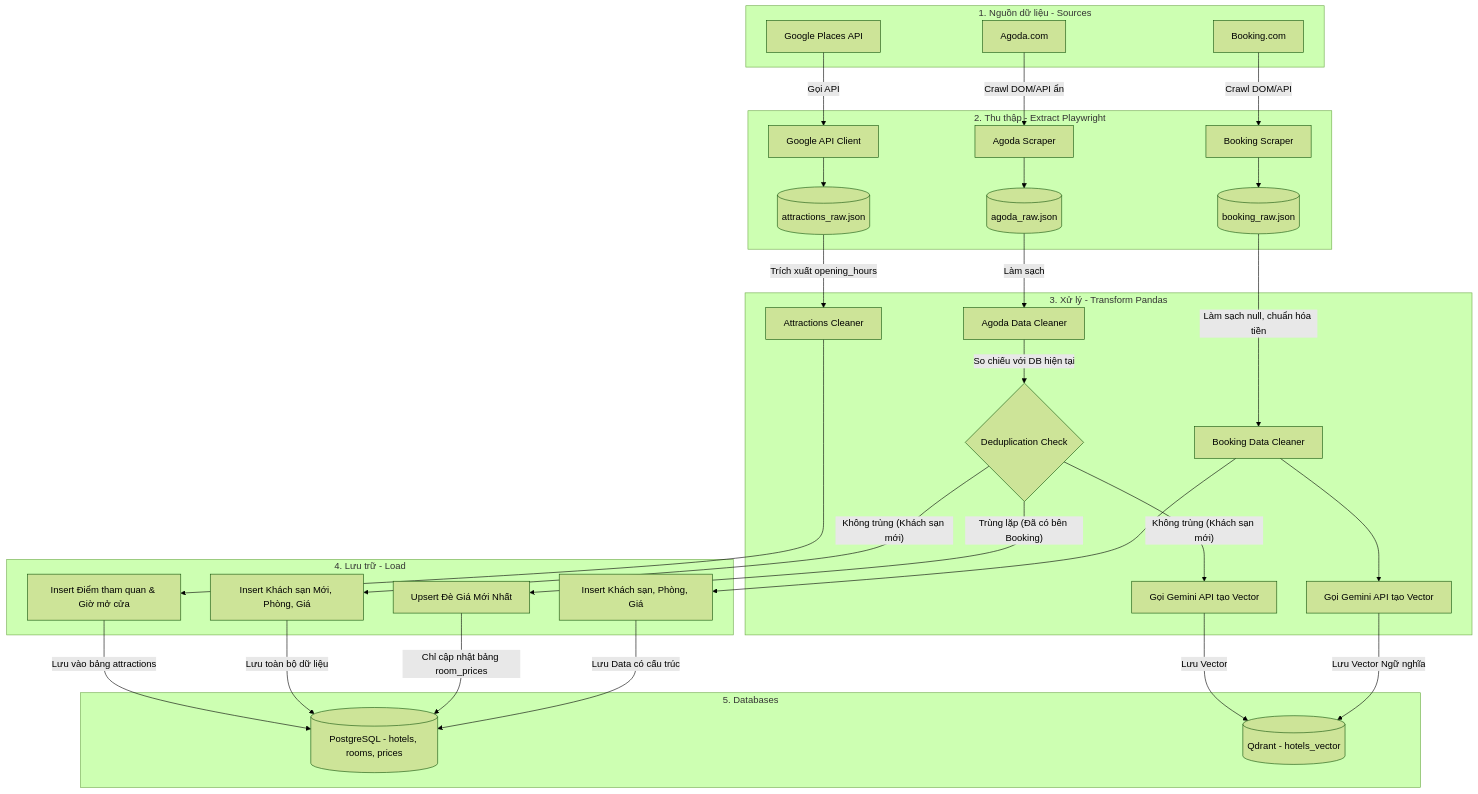
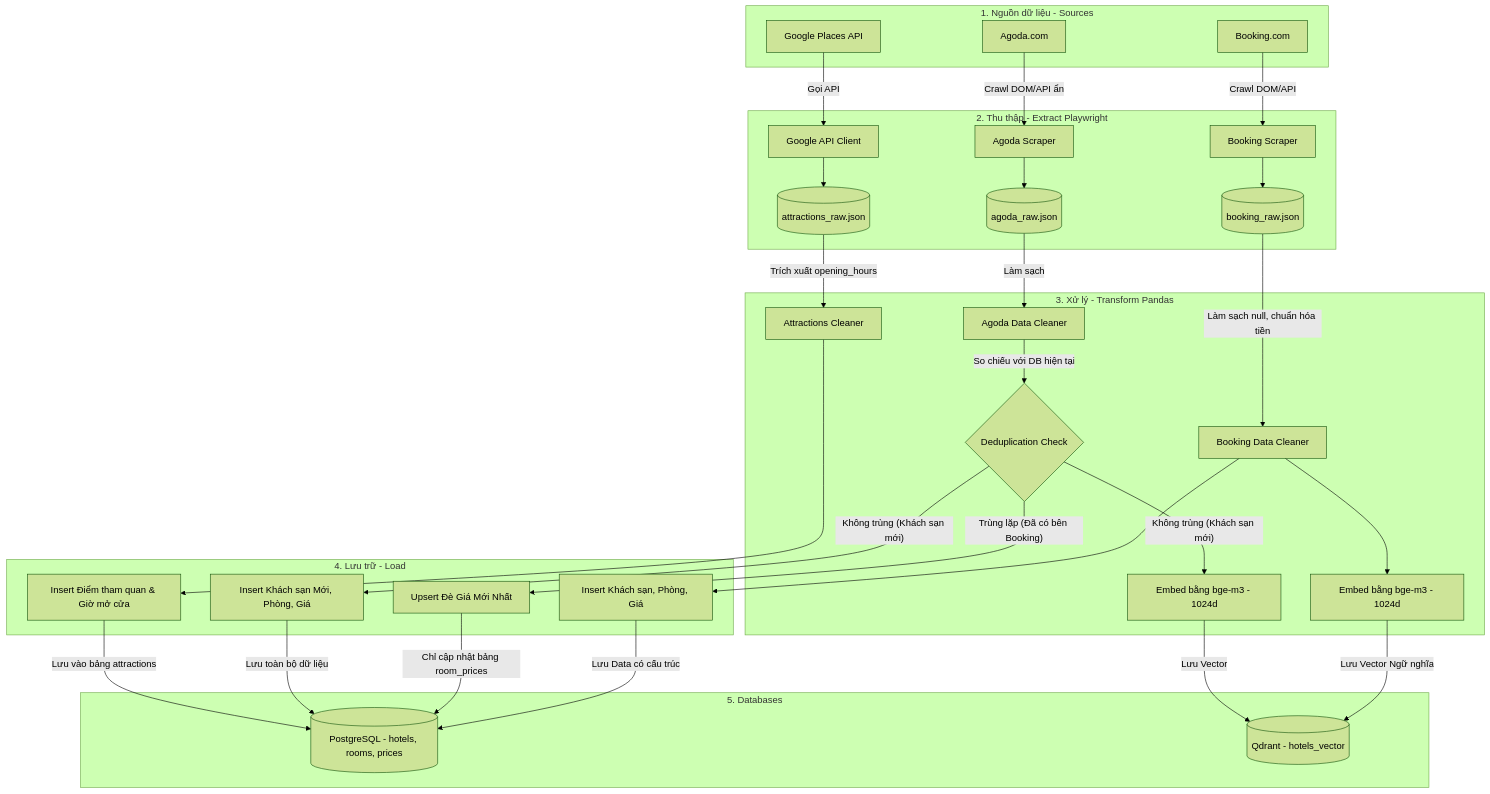
One commit to 0infinitive0/VSF-Intern-project changed the diagram in docs/architecture/data_pipeline_flow.md. Above: the diagram before and after it, drawn with Mermaid (forest theme). The commit also changed other lines of this file and 25 other files, not shown here.

````diff
--- a/docs/architecture/data_pipeline_flow.md
+++ b/docs/architecture/data_pipeline_flow.md
@@ -5,69 +5,69 @@
 ```mermaid
 graph TD
     subgraph S1 [1. Nguồn dữ liệu - Sources]
         B[Booking.com]
         A[Agoda.com]
         G[Google Places API]
     end
 
     subgraph S2 [2. Thu thập - Extract Playwright]
         Scraper_B[Booking Scraper]
         Scraper_A[Agoda Scraper]
         API_G[Google API Client]
         Raw_B[(booking_raw.json)]
         Raw_A[(agoda_raw.json)]
         Raw_G[(attractions_raw.json)]
     end
 
     subgraph S3 [3. Xử lý - Transform Pandas]
         Cleaner_B[Booking Data Cleaner]
         Cleaner_A[Agoda Data Cleaner]
         Cleaner_G[Attractions Cleaner]
         Dedupe{Deduplication Check}
-        Embed_B[Gọi Gemini API tạo Vector]
-        Embed_A[Gọi Gemini API tạo Vector]
+        Embed_B[Embed bằng bge-m3 - 1024d]
+        Embed_A[Embed bằng bge-m3 - 1024d]
     end
 
     subgraph S4 [4. Lưu trữ - Load]
         Loader_B[Insert Khách sạn, Phòng, Giá]
         Loader_A_New[Insert Khách sạn Mới, Phòng, Giá]
         Loader_A_Update[Upsert Đè Giá Mới Nhất]
         Loader_G[Insert Điểm tham quan & Giờ mở cửa]
     end
 
     subgraph S5 [5. Databases]
         PG[(PostgreSQL - hotels, rooms, prices)]
         QD[(Qdrant - hotels_vector)]
     end
 
     %% Luồng Booking (Flow 1)
     B -->|Crawl DOM/API| Scraper_B
     Scraper_B --> Raw_B
     Raw_B -->|Làm sạch null, chuẩn hóa tiền| Cleaner_B
     Cleaner_B --> Embed_B
     Cleaner_B --> Loader_B
     
     Loader_B -->|Lưu Data có cấu trúc| PG
     Embed_B -->|Lưu Vector Ngữ nghĩa| QD
 
     %% Luồng Agoda (Flow 2)
     A -->|Crawl DOM/API ẩn| Scraper_A
     Scraper_A --> Raw_A
     Raw_A -->|Làm sạch| Cleaner_A
     Cleaner_A -->|So chiếu với DB hiện tại| Dedupe
     
     Dedupe -- "Trùng lặp (Đã có bên Booking)" --> Loader_A_Update
     Dedupe -- "Không trùng (Khách sạn mới)" --> Embed_A
     Dedupe -- "Không trùng (Khách sạn mới)" --> Loader_A_New
     
     Loader_A_Update -->|Chỉ cập nhật bảng room_prices| PG
     Loader_A_New -->|Lưu toàn bộ dữ liệu| PG
     Embed_A -->|Lưu Vector| QD
 
     %% Luồng Google Places (Attractions)
     G -->|Gọi API| API_G
     API_G --> Raw_G
     Raw_G -->|Trích xuất opening_hours| Cleaner_G
     Cleaner_G --> Loader_G
     Loader_G -->|Lưu vào bảng attractions| PG
 ```
````
